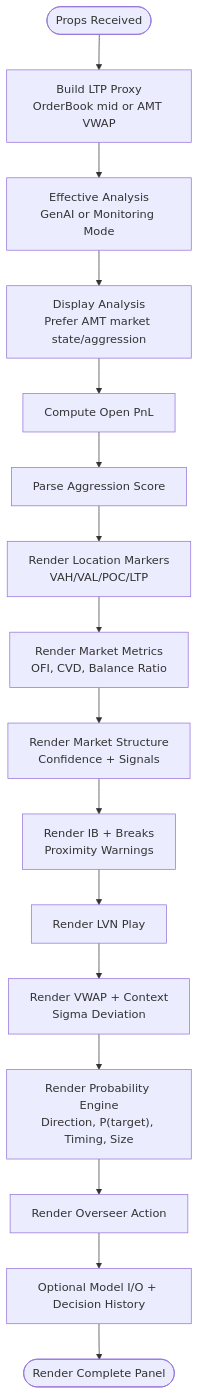
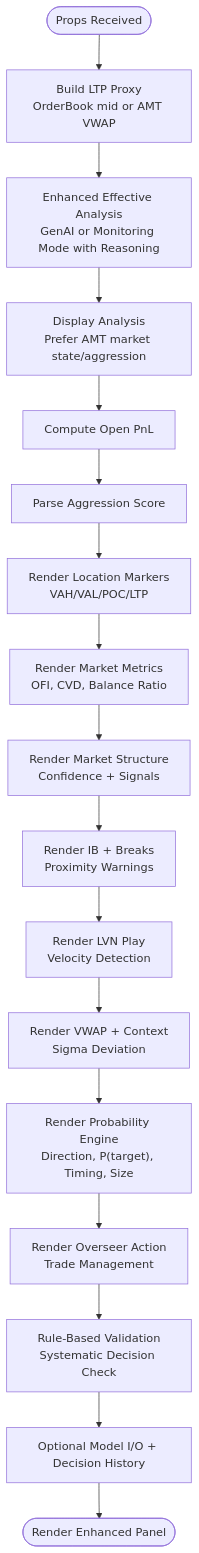
Before and after one commit to gemrajkhatry-maker/v5-of-glassytrade-ai: the third of 5 diagrams in .qoder/repowiki/en/content/Frontend Application/React Components/AI Analysis Panels/AI Analysis Panels.md, drawn with Mermaid. The commit also changed other lines of this file and 930 other files, not shown here.

````diff
--- a/.qoder/repowiki/en/content/Frontend Application/React Components/AI Analysis Panels/AI Analysis Panels.md
+++ b/.qoder/repowiki/en/content/Frontend Application/React Components/AI Analysis Panels/AI Analysis Panels.md
@@ -175,18 +204,19 @@
 ```mermaid
 flowchart TD
 Start(["Props Received"]) --> BuildLTP["Build LTP Proxy<br/>OrderBook mid or AMT VWAP"]
-BuildLTP --> EffectiveAnalysis["Effective Analysis<br/>GenAI or Monitoring Mode"]
+BuildLTP --> EffectiveAnalysis["Enhanced Effective Analysis<br/>GenAI or Monitoring Mode with Reasoning"]
 EffectiveAnalysis --> DisplayAnalysis["Display Analysis<br/>Prefer AMT market state/aggression"]
 DisplayAnalysis --> OpenPnL["Compute Open PnL"]
 OpenPnL --> Aggression["Parse Aggression Score"]
 Aggression --> Location["Render Location Markers<br/>VAH/VAL/POC/LTP"]
 Location --> Metrics["Render Market Metrics<br/>OFI, CVD, Balance Ratio"]
 Metrics --> Structure["Render Market Structure<br/>Confidence + Signals"]
 Structure --> IB["Render IB + Breaks<br/>Proximity Warnings"]
-IB --> LVN["Render LVN Play"]
+IB --> LVN["Render LVN Play<br/>Velocity Detection"]
 LVN --> VWAP["Render VWAP + Context<br/>Sigma Deviation"]
 VWAP --> Prob["Render Probability Engine<br/>Direction, P(target), Timing, Size"]
-Prob --> Overseer["Render Overseer Action"]
-Overseer --> Optional["Optional Model I/O + Decision History"]
-Optional --> End(["Render Complete Panel"])
+Prob --> Overseer["Render Overseer Action<br/>Trade Management"]
+Overseer --> RuleCheck["Rule-Based Validation<br/>Systematic Decision Check"]
+RuleCheck --> Optional["Optional Model I/O + Decision History"]
+Optional --> End(["Render Enhanced Panel"])
 ```
````
